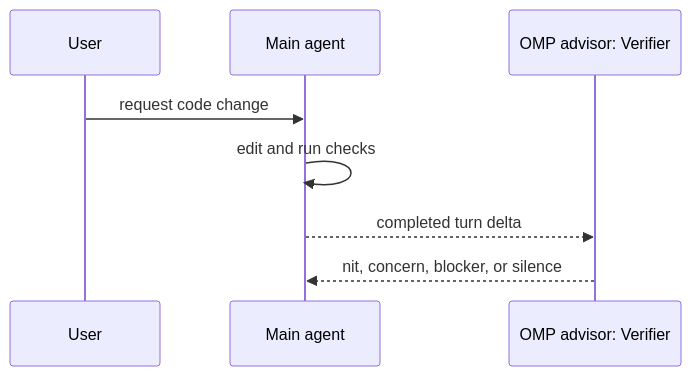
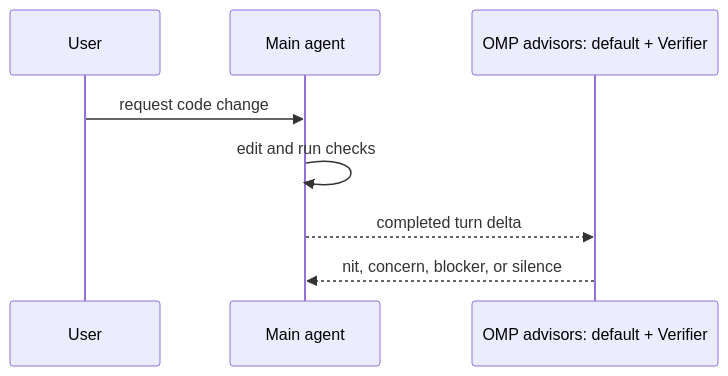
One commit to klondikemarlen/omp-verifier changed the diagram in CONCEPTS.md. Above: the diagram before and after it, drawn with Mermaid. The commit also changed other lines of this file and 5 other files, not shown here.

Commit message:
:recycle: Keep default advisor alongside verifier.

````diff
--- a/CONCEPTS.md
+++ b/CONCEPTS.md
@@ -19,11 +19,11 @@
 ```mermaid
 sequenceDiagram
   participant User
   participant Main as Main agent
-  participant Advisor as OMP advisor: Verifier
+  participant Advisor as OMP advisors: default + Verifier
 
   User->>Main: request code change
   Main->>Main: edit and run checks
   Main-->>Advisor: completed turn delta
   Advisor-->>Main: nit, concern, blocker, or silence
 ```
````
